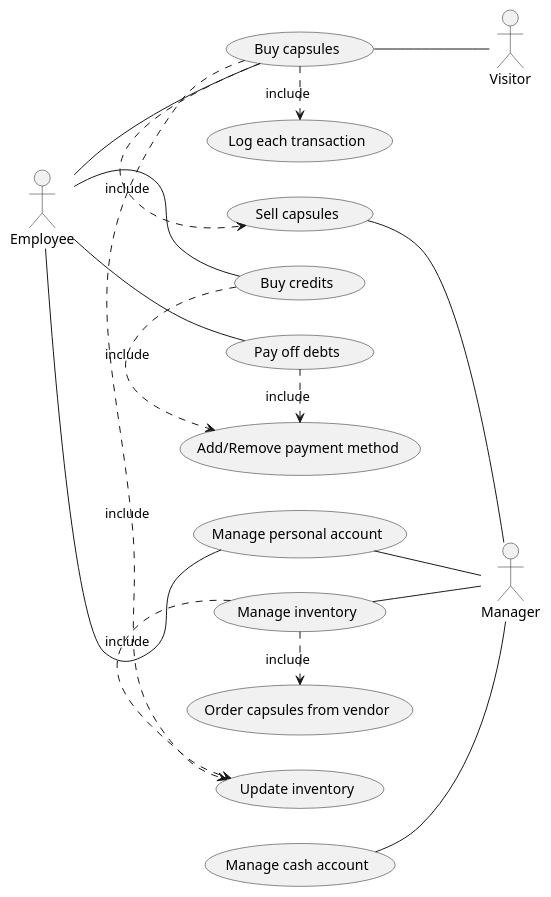
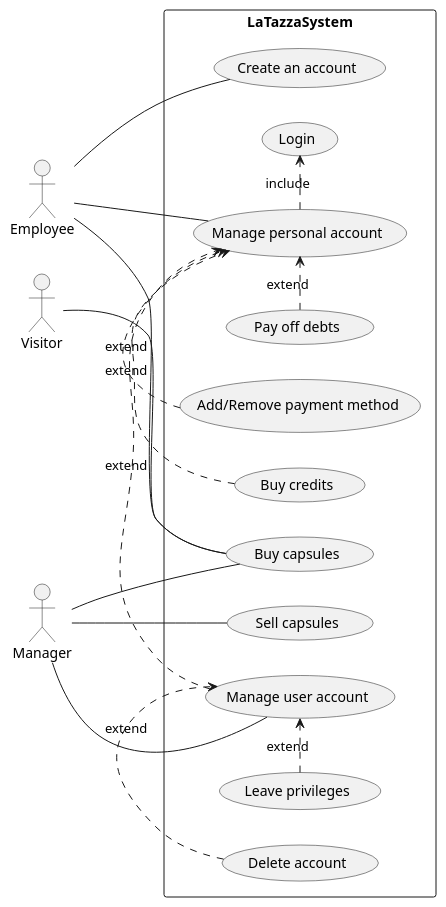
The second of 4 diagrams in requirements.md (s41m0n/LaTazza), drawn with PlantUML before and after one commit. The commit also changed other lines of this file, not shown here.

Commit message:
Changed Use Case Diagram

````diff
--- a/requirements.md
+++ b/requirements.md
@@ -173,36 +173,36 @@
 ``` plantuml
 left to right direction
 
 actor Employee as e
 actor Visitor as v
 actor Manager as m
 
-(Buy capsules) as bc
-(Sell capsules) as sc
-(Order capsules from vendor) as oc
-(Manage inventory) as mi
-(Add/Remove payment method) as pm
-(Buy credits) as b
-(Pay off debts) as p
-(Manage cash account) as mca
-(Manage personal account) as mpa
-(Update inventory) as bi
-(Log each transaction) as lt
-
-e -- bc
-bc -- v
-e -- b
-e -- p
-e -- mpa
-sc -- m
-mpa -- m
-mca -- m
-mi -- m
-bc .> sc : include
-b .> pm : include
-p .> pm : include
-bc .> bi : include
-mi .> bi : include
-mi .> oc : include
-bc .> lt : include
+rectangle LaTazzaSystem {
+	(Buy capsules) as bc
+	(Sell capsules) as sc
+	(Add/Remove payment method) as pm
+	(Delete account) as da
+	(Leave privileges) as lp
+	(Login) as l
+	(Create an account) as ca
+	(Buy credits) as b
+	(Pay off debts) as p
+	(Manage personal account) as mpa
+	(Manage user account) as ma
+	
+	m -- bc
+	m -- sc
+	e -- ca
+	e -- bc
+	e -- mpa
+	m  -- ma
+	v -- bc
+	mpa .> l : include
+	lp .> ma : extend
+	da .> ma : extend
+	ma .> mpa : extend
+	pm .> mpa : extend
+	b .> mpa : extend
+	p .> mpa : extend
+}
 ```
````
